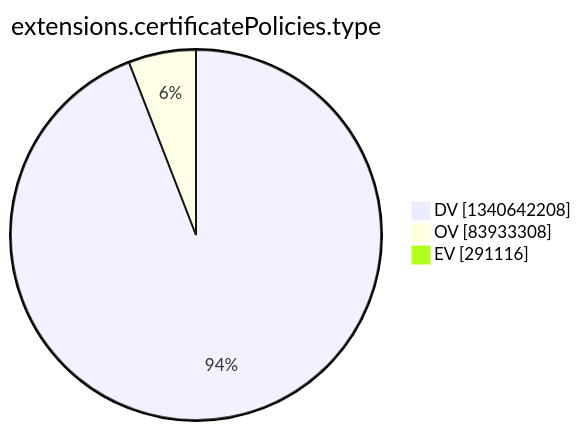
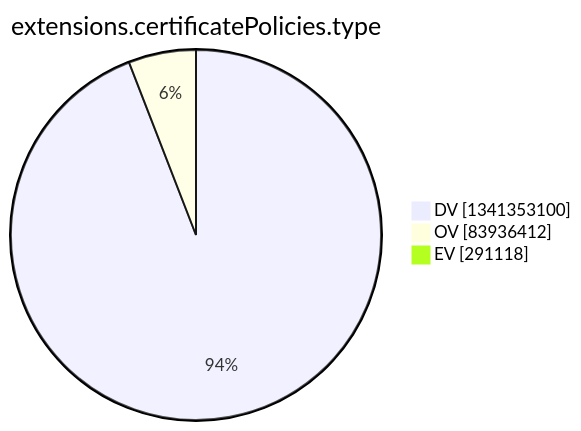
The tenth of 15 diagrams in argon2022/README.md (christiankrug/ctmonitor_visualization), drawn with Mermaid before and after one commit. The commit also changed other lines of this file, not shown here.

````diff
--- a/argon2022/README.md
+++ b/argon2022/README.md
@@ -2773,7 +2773,7 @@
 ```mermaid
 pie showData
 title extensions.certificatePolicies.type
-"DV" :1340642208
-"OV" :83933308
-"EV" :291116
+"DV" :1341353100
+"OV" :83936412
+"EV" :291118
 ```
````
